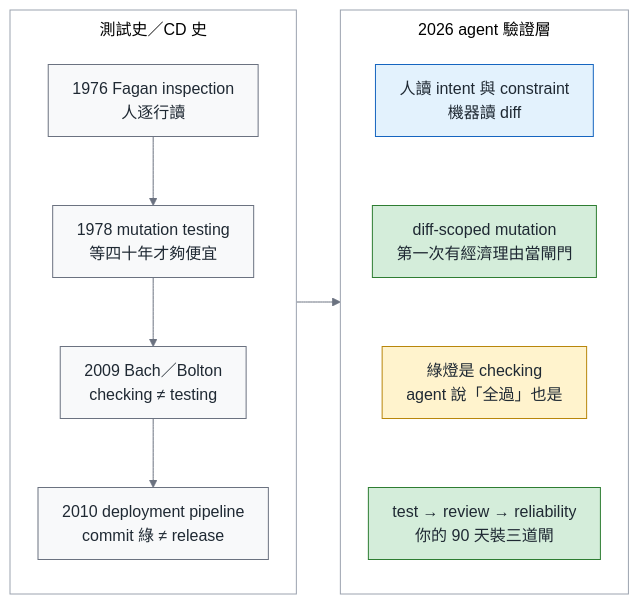
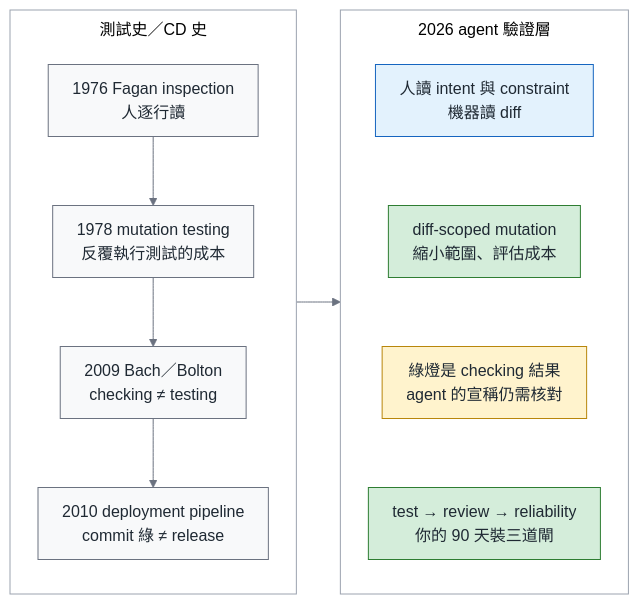
One commit to fantasybz/medium-articles changed the third of 10 diagrams in 2026-10-green-overview/article.md. Above: the diagram before and after it, drawn with Mermaid. The commit also changed other lines of this file and 93 other files, not shown here.

````diff
--- a/2026-10-green-overview/article.md
+++ b/2026-10-green-overview/article.md
@@ -209,47 +209,47 @@
 ```mermaid
 ---
 config:
   theme: base
   themeVariables:
     fontSize: 16px
     primaryColor: "#f8f9fa"
     primaryTextColor: "#1f2933"
     primaryBorderColor: "#6b7280"
     lineColor: "#6b7280"
     secondaryColor: "#f8f9fa"
     tertiaryColor: "#ffffff"
     clusterBkg: "#ffffff"
     clusterBorder: "#9ca3af"
     edgeLabelBackground: "#ffffff"
   flowchart:
     nodeSpacing: 36
     rankSpacing: 44
     padding: 12
     htmlLabels: true
     subGraphTitleMargin:
       top: 8
       bottom: 12
     curve: basis
 ---
 flowchart LR
     classDef own fill:#d4edda,stroke:#2e7d32,color:#1f2933
     classDef buy fill:#fff3cd,stroke:#b8860b,color:#1f2933
     classDef bad fill:#ffe0e0,stroke:#c0392b,color:#1f2933
     classDef human fill:#e3f2fd,stroke:#1565c0,color:#1f2933
     subgraph past["測試史／CD 史"]
         direction TB
-        P1["1976 Fagan inspection<br/>人逐行讀"] --> P2["1978 mutation testing<br/>等四十年才夠便宜"]
+        P1["1976 Fagan inspection<br/>人逐行讀"] --> P2["1978 mutation testing<br/>反覆執行測試的成本"]
         P2 --> P3["2009 Bach／Bolton<br/>checking ≠ testing"]
         P3 --> P4["2010 deployment pipeline<br/>commit 綠 ≠ release"]
     end
     subgraph now["2026 agent 驗證層"]
         direction TB
-        N1["人讀 intent 與 constraint<br/>機器讀 diff"] ~~~ N2["diff-scoped mutation<br/>第一次有經濟理由當閘門"]
-        N2 ~~~ N3["綠燈是 checking<br/>agent 說「全過」也是"]
+        N1["人讀 intent 與 constraint<br/>機器讀 diff"] ~~~ N2["diff-scoped mutation<br/>縮小範圍、評估成本"]
+        N2 ~~~ N3["綠燈是 checking 結果<br/>agent 的宣稱仍需核對"]
         N3 ~~~ N4["test → review → reliability<br/>你的 90 天裝三道閘"]
     end
     past --> now
     class N1 human
     class N2,N4 own
     class N3 buy
 ```
````
